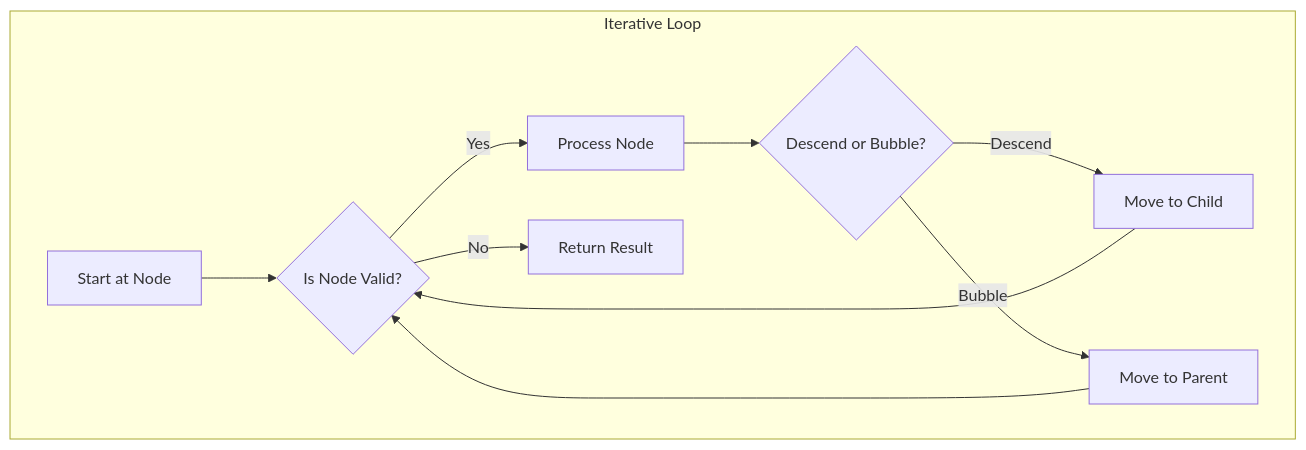
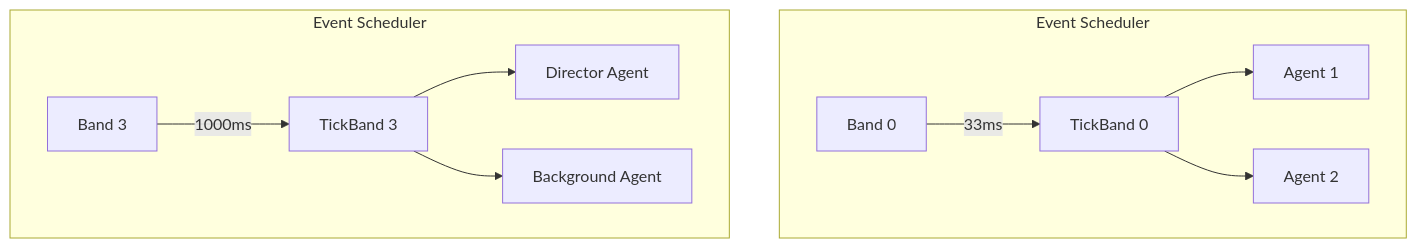
The third of 4 diagrams in Docs/00 - Theory/Performance Model.md (jabbadablack/G.O.A.T), drawn with Mermaid before and after one commit. The commit also changed other lines of this file and 82 other files, not shown here.

````diff
--- a/Docs/00 - Theory/Performance Model.md
+++ b/Docs/00 - Theory/Performance Model.md
@@ -147,13 +193,14 @@
 ```mermaid
 graph TD
-    subgraph Iterative[Iterative Loop]
-        A[Start at Node] --> B{Is Node Valid?}
-        B -->|Yes| C[Process Node]
-        C --> D{Descend or Bubble?}
-        D -->|Descend| E[Move to Child]
-        D -->|Bubble| F[Move to Parent]
-        E --> B
-        F --> B
-        B -->|No| G[Return Result]
+    subgraph Scheduler[Event Scheduler]
+        A[Band 0] -->|33ms| B[TickBand 0]
+        B --> C[Agent 1]
+        B --> D[Agent 2]
+    end
+
+    subgraph Scheduler2[Event Scheduler]
+        E[Band 3] -->|1000ms| F[TickBand 3]
+        F --> G[Director Agent]
+        F --> H[Background Agent]
     end
 ```
````
